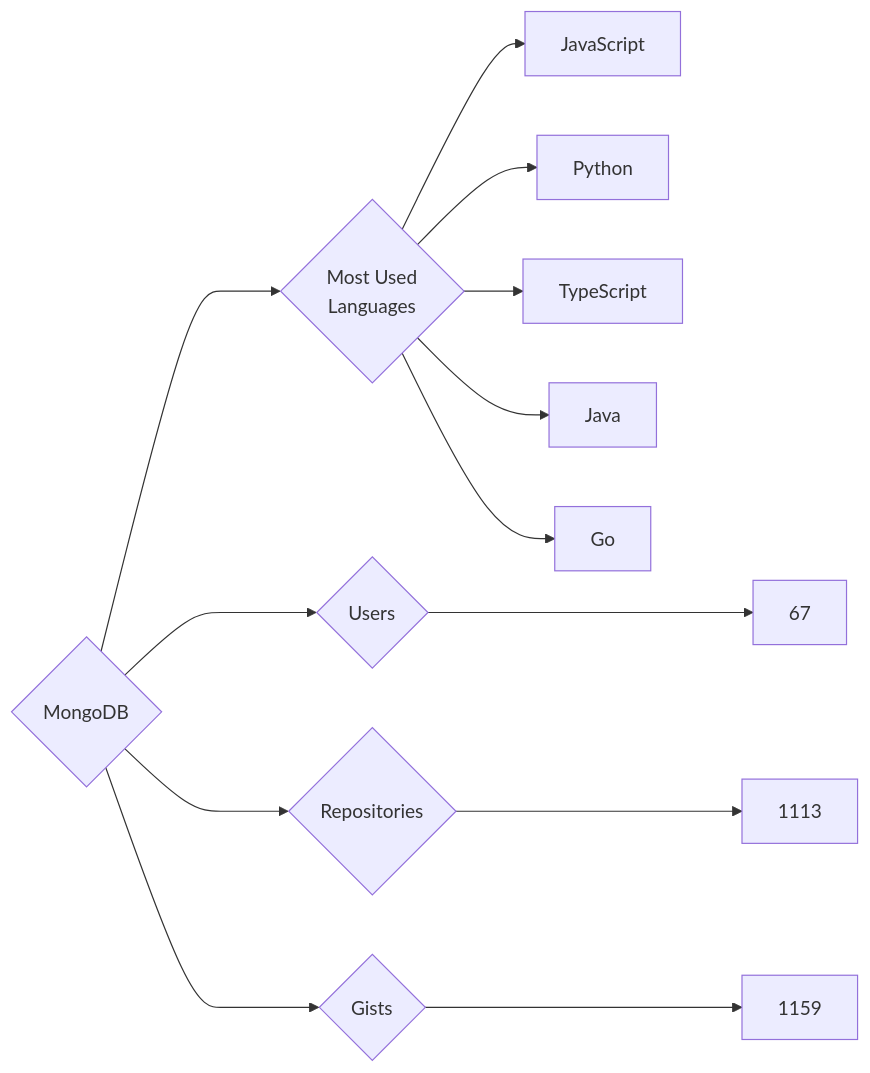
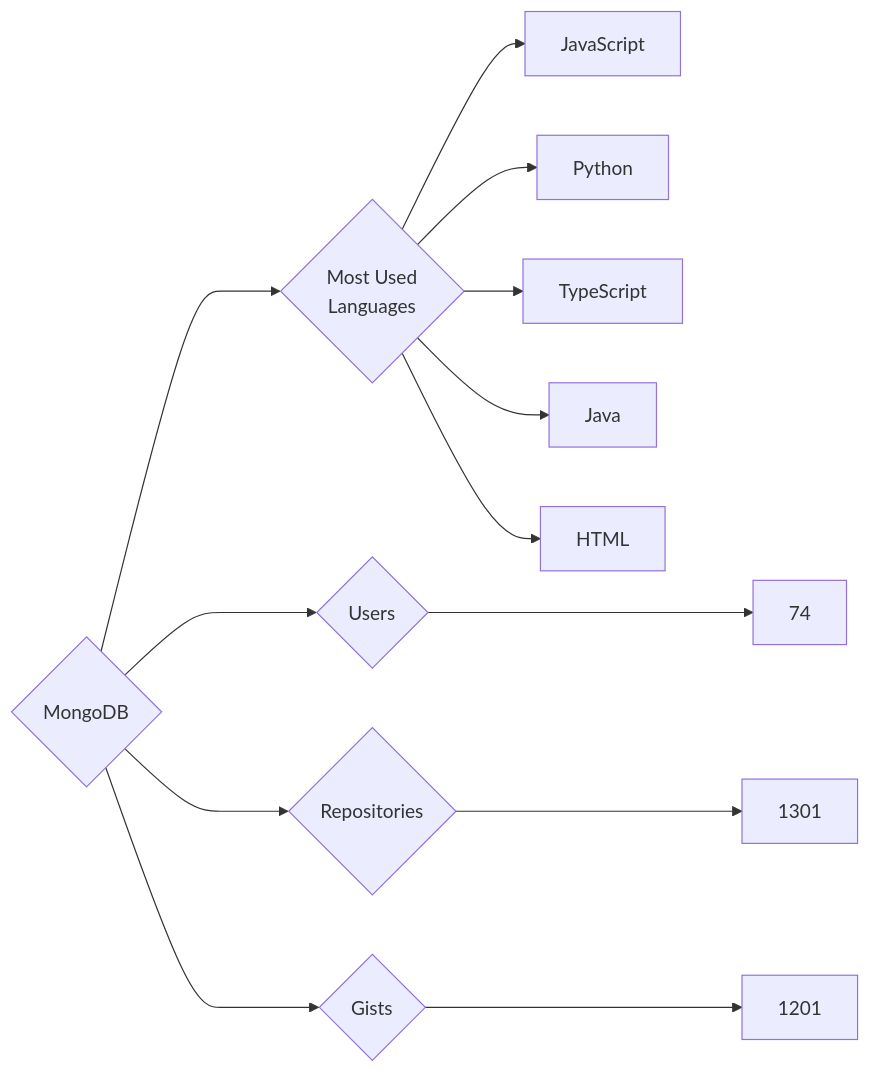
Before and after one commit to trickest/insiders: the diagram in targets/MongoDB/README.md, drawn with Mermaid. The commit also changed 970 other files, not shown here.

````diff
--- a/targets/MongoDB/README.md
+++ b/targets/MongoDB/README.md
@@ -3,13 +3,13 @@
 ```mermaid
 graph LR
 COMPANY_NAME{MongoDB}
-COMPANY_NAME ---> U{Users} ---> UN[67]
-COMPANY_NAME ---> R{Repositories} ---> RN[1113]
-COMPANY_NAME ---> G{Gists} ---> GN[1159]
+COMPANY_NAME ---> U{Users} ---> UN[74]
+COMPANY_NAME ---> R{Repositories} ---> RN[1301]
+COMPANY_NAME ---> G{Gists} ---> GN[1201]
 COMPANY_NAME ---> ML{Most Used<br>Languages}
 ML --> JavaScript[JavaScript]
 ML --> Python[Python]
 ML --> TypeScript[TypeScript]
 ML --> Java[Java]
-ML --> Go[Go]
+ML --> HTML[HTML]
 ```
````
